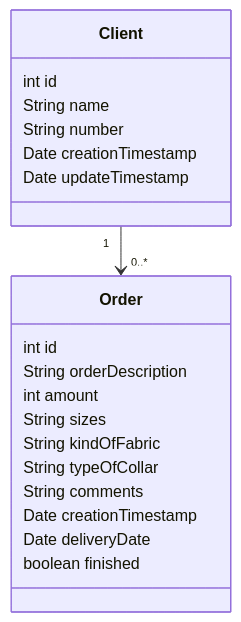
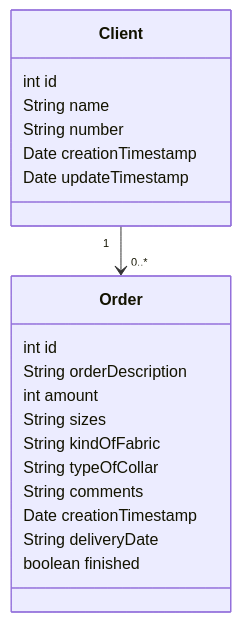
The diagram in README.md (Matheussmaced/cadastro-de-pedidos), drawn with Mermaid before and after one commit.

````diff
--- a/README.md
+++ b/README.md
@@ -5,25 +5,25 @@
 ```mermaid
 classDiagram
     class Client {
         int id
         String name
         String number
         Date creationTimestamp
         Date updateTimestamp
     }
 
     class Order {
         int id
         String orderDescription
         int amount
         String sizes
         String kindOfFabric
         String typeOfCollar
         String comments
         Date creationTimestamp
-        Date deliveryDate
+        String deliveryDate
         boolean finished
     }
 
     Client "1" --> "0..*" Order
 ```
````
